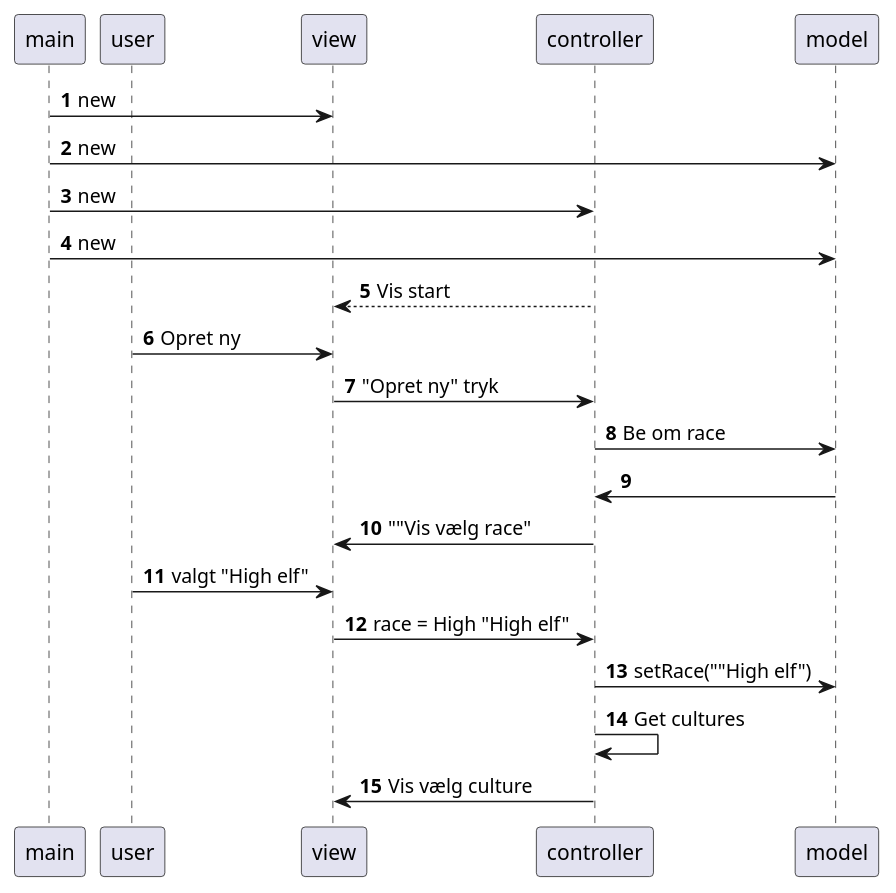
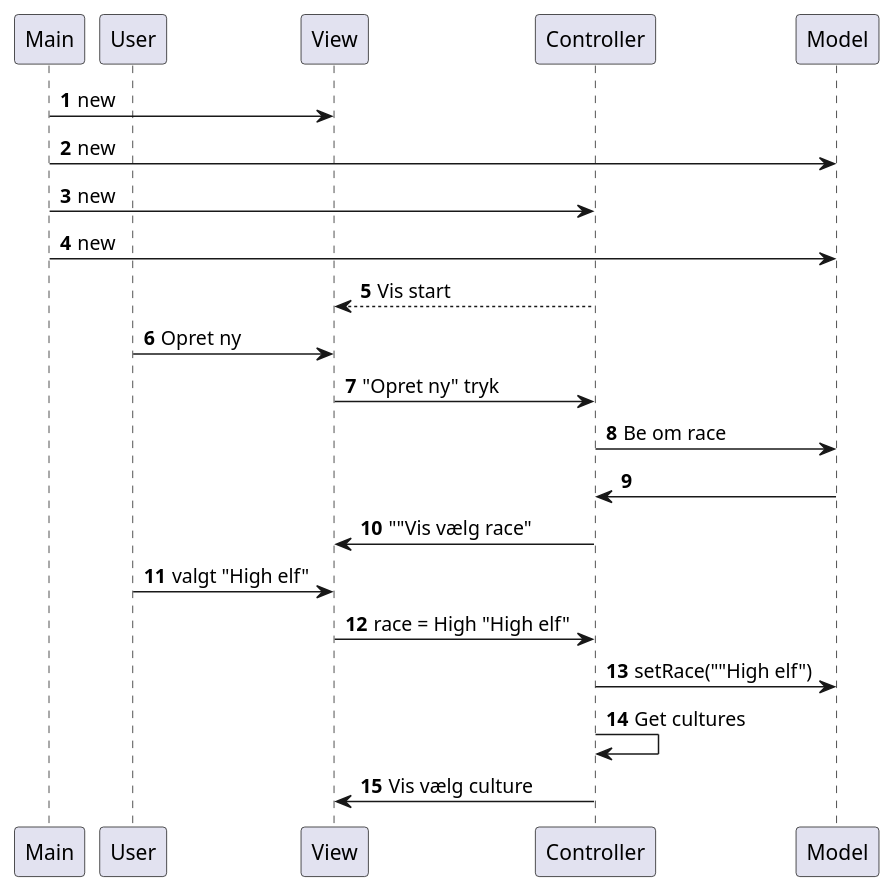
One commit to Falcho/ICE changed the diagram in Docs/SekvensDiagram v.01.puml. Above: the diagram before and after it, drawn with PlantUML.

Commit message:
Stavefejl

```diff
--- a/Docs/SekvensDiagram v.01.puml
+++ b/Docs/SekvensDiagram v.01.puml
@@ -1,28 +1,28 @@
 @startuml
 'https://plantuml.com/sequence-diagram
 
 autonumber
-participant main
-participant user
-participant view
-participant controller
-participant model
+participant Main
+participant User
+participant View
+participant Controller
+participant Model
 
 
-main -> view: new
-main -> model: new
-main -> controller: new
-main-> model:new
-controller --> view: Vis start
-user -> view: Opret ny
-view -> controller: "Opret ny" tryk
-controller -> model: Be om race
-model -> controller
-controller -> view: ""Vis vælg race"
-user -> view: valgt "High elf"
-view -> controller: race = High "High elf"
-controller -> model: setRace(""High elf")
-controller -> controller: Get cultures
-controller -> view: Vis vælg culture
+Main -> View: new
+Main -> Model: new
+Main -> Controller: new
+Main-> Model:new
+Controller --> View: Vis start
+User -> View: Opret ny
+View -> Controller: "Opret ny" tryk
+Controller -> Model: Be om race
+Model -> Controller
+Controller -> View: ""Vis vælg race"
+User -> View: valgt "High elf"
+View -> Controller: race = High "High elf"
+Controller -> Model: setRace(""High elf")
+Controller -> Controller: Get cultures
+Controller -> View: Vis vælg culture
 
 @enduml
```
